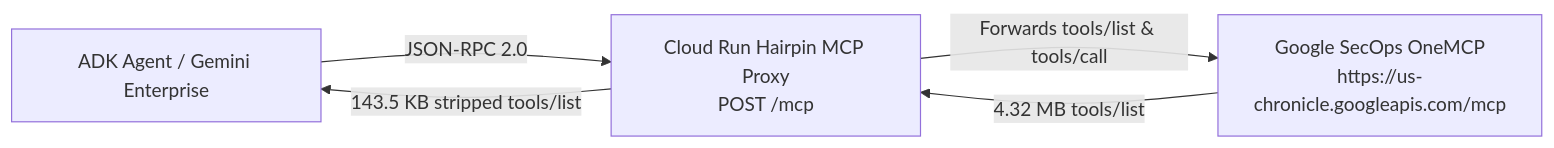
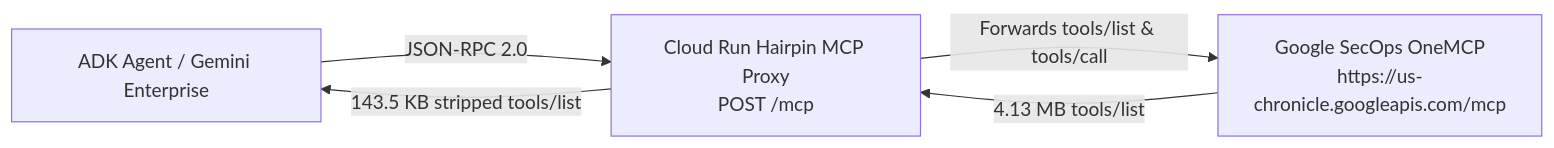
Before and after one commit to dandye/gement_mcp_tool_filter_poc: the diagram in docs/hairpin_mcp_deployment_guide.md, drawn with Mermaid. The commit also changed other lines of this file and 9 other files, not shown here.

````diff
--- a/docs/hairpin_mcp_deployment_guide.md
+++ b/docs/hairpin_mcp_deployment_guide.md
@@ -9,7 +9,7 @@
 ```mermaid
 flowchart LR
     Agent["ADK Agent / Gemini Enterprise"] -->|JSON-RPC 2.0| Proxy["Cloud Run Hairpin MCP Proxy\nPOST /mcp"]
     Proxy -->|Forwards tools/list & tools/call| OneMCP["Google SecOps OneMCP\nhttps://us-chronicle.googleapis.com/mcp"]
-    OneMCP -->|4.32 MB tools/list| Proxy
+    OneMCP -->|4.13 MB tools/list| Proxy
     Proxy -->|143.5 KB stripped tools/list| Agent
 ```
````
